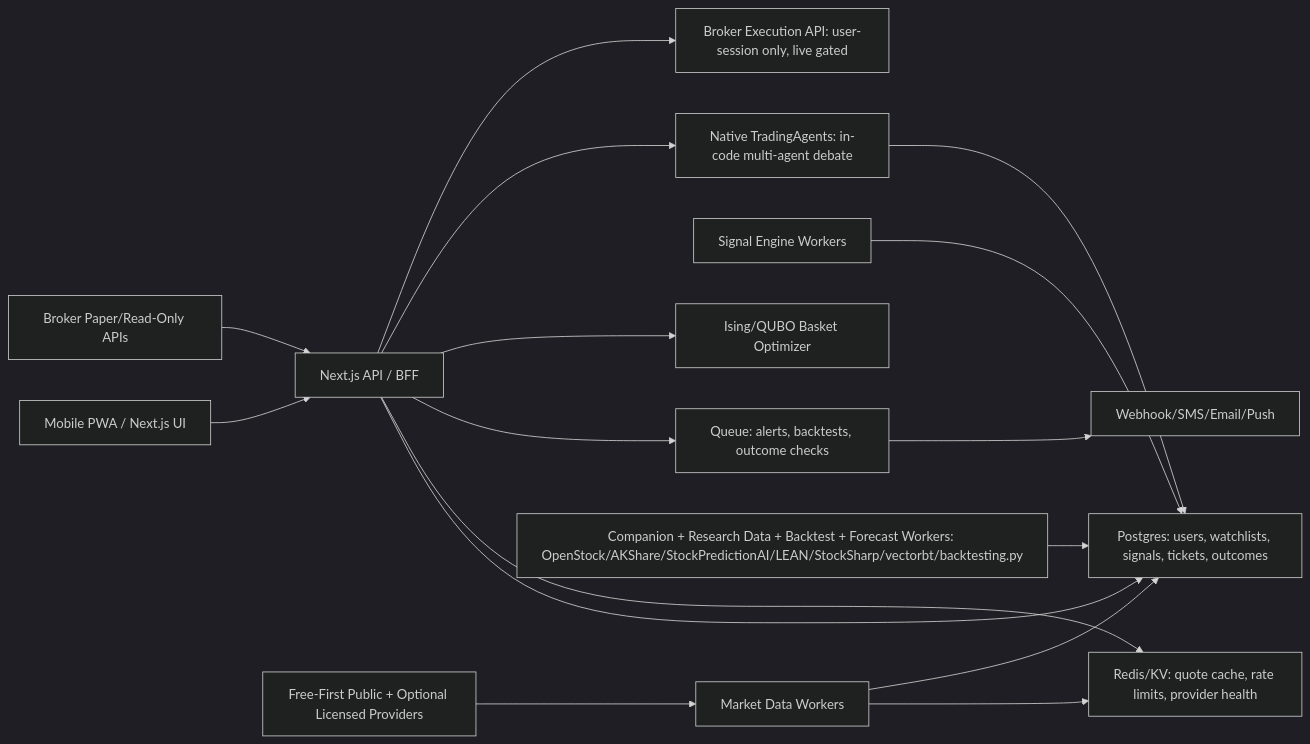
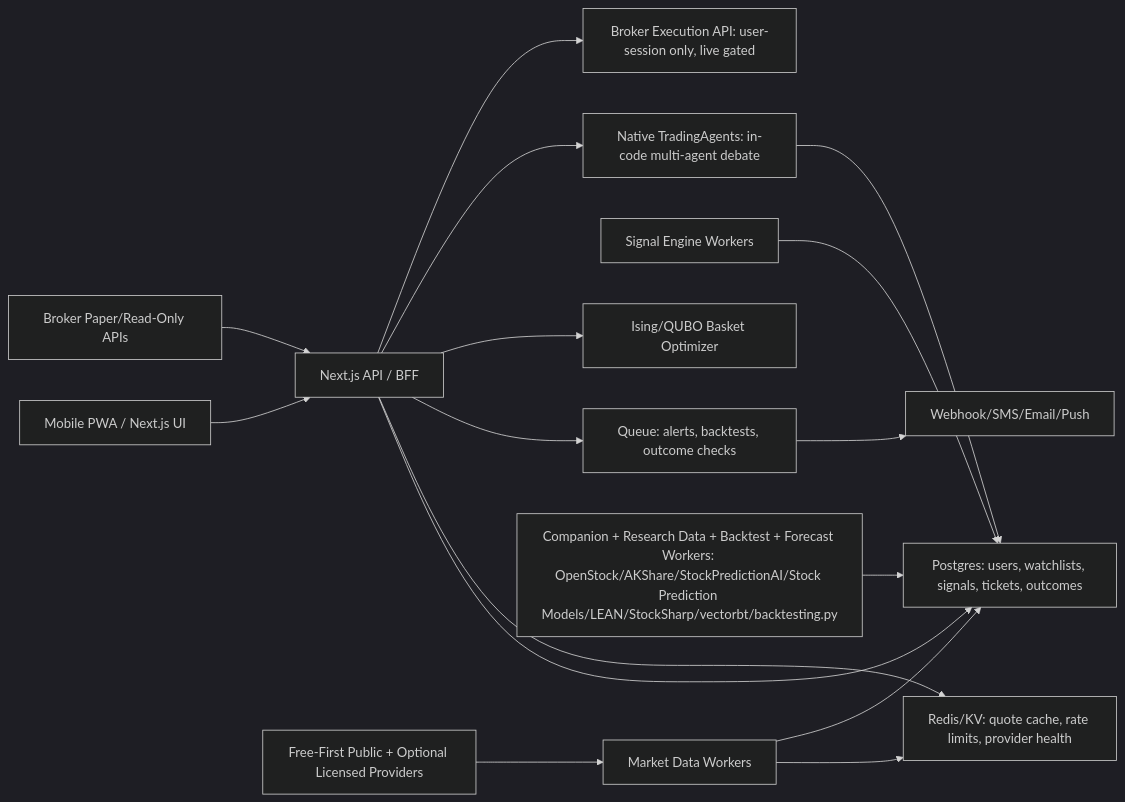
One commit to pinohu/trading-intel changed the diagram in docs/ARCHITECTURE.md. Above: the diagram before and after it, drawn with Mermaid (dark theme). The commit also changed other lines of this file and 14 other files, not shown here.

Commit message:
Add Stock Prediction Models worker lane

````diff
--- a/docs/ARCHITECTURE.md
+++ b/docs/ARCHITECTURE.md
@@ -35,18 +35,18 @@
 ```mermaid
 flowchart LR
   UI["Mobile PWA / Next.js UI"] --> BFF["Next.js API / BFF"]
   BFF --> DB["Postgres: users, watchlists, signals, tickets, outcomes"]
   BFF --> Cache["Redis/KV: quote cache, rate limits, provider health"]
   BFF --> Queue["Queue: alerts, backtests, outcome checks"]
   DataWorker["Market Data Workers"] --> Cache
   DataWorker --> DB
   Providers["Free-First Public + Optional Licensed Providers"] --> DataWorker
   SignalWorker["Signal Engine Workers"] --> DB
   BFF --> Ising["Ising/QUBO Basket Optimizer"]
   BFF --> TradingAgents["Native TradingAgents: in-code multi-agent debate"]
   TradingAgents --> DB
-  BacktestWorker["Companion + Research Data + Backtest + Forecast Workers: OpenStock/AKShare/StockPredictionAI/LEAN/StockSharp/vectorbt/backtesting.py"] --> DB
+  BacktestWorker["Companion + Research Data + Backtest + Forecast Workers: OpenStock/AKShare/StockPredictionAI/Stock Prediction Models/LEAN/StockSharp/vectorbt/backtesting.py"] --> DB
   Broker["Broker Paper/Read-Only APIs"] --> BFF
   BFF --> BrokerExec["Broker Execution API: user-session only, live gated"]
   Queue --> Alerts["Webhook/SMS/Email/Push"]
 ```
````
